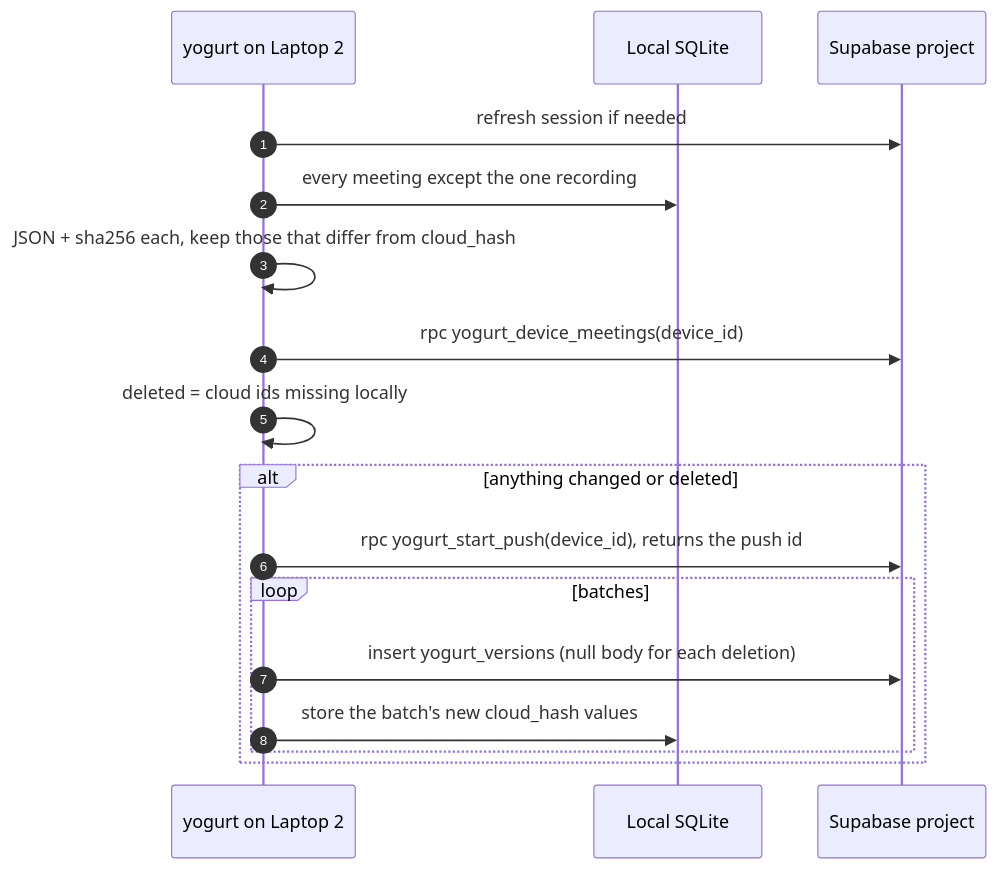
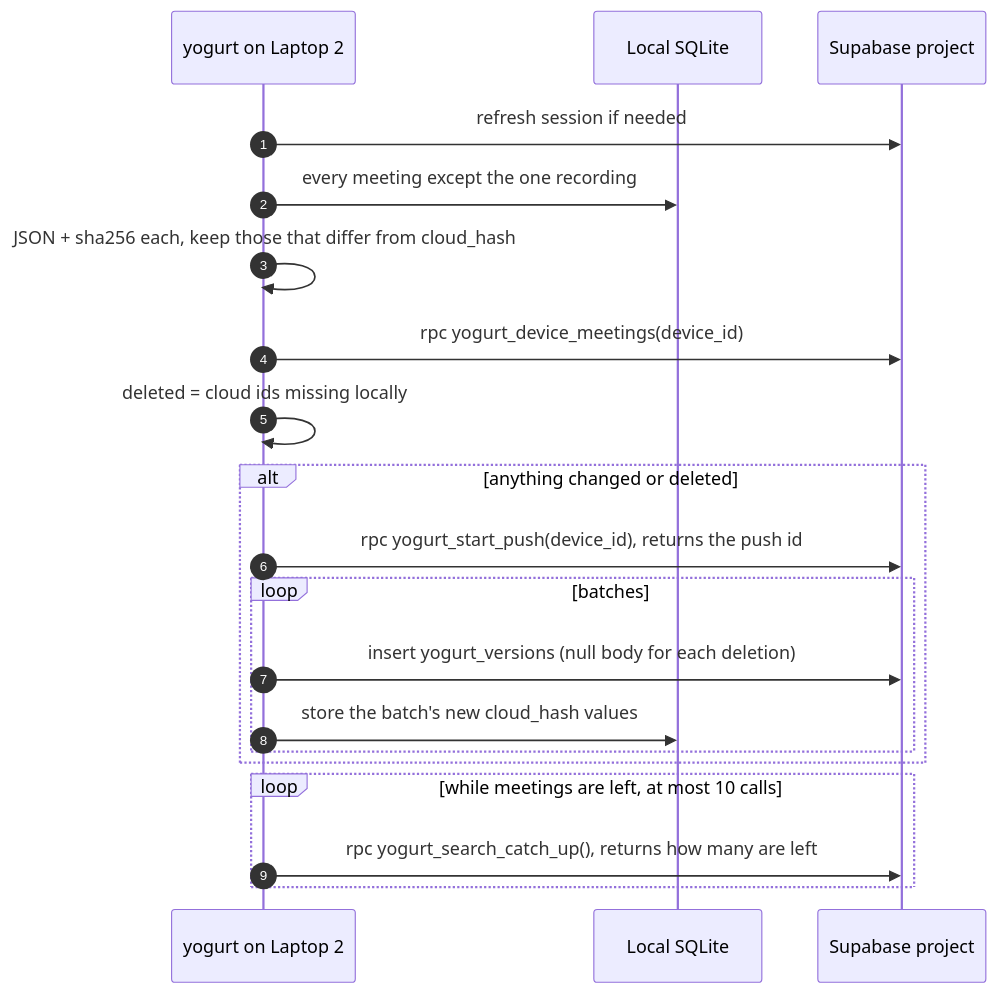
The fifth of 5 diagrams in docs/.planning/sync-cloud-mirror-design.md (jarvisrchen/yogurt), drawn with Mermaid before and after one commit. The commit also changed other lines of this file and 27 other files, not shown here.

````diff
--- a/docs/.planning/sync-cloud-mirror-design.md
+++ b/docs/.planning/sync-cloud-mirror-design.md
@@ -223,20 +223,23 @@
 ```mermaid
 sequenceDiagram
   autonumber
   participant Y as yogurt on Laptop 2
   participant DB as Local SQLite
   participant P as Supabase project
 
   Y->>P: refresh session if needed
   Y->>DB: every meeting except the one recording
   Y->>Y: JSON + sha256 each, keep those that differ from cloud_hash
   Y->>P: rpc yogurt_device_meetings(device_id)
   Y->>Y: deleted = cloud ids missing locally
   alt anything changed or deleted
     Y->>P: rpc yogurt_start_push(device_id), returns the push id
     loop batches
       Y->>P: insert yogurt_versions (null body for each deletion)
       Y->>DB: store the batch's new cloud_hash values
     end
   end
+  loop while meetings are left, at most 10 calls
+    Y->>P: rpc yogurt_search_catch_up(), returns how many are left
+  end
 ```
````
